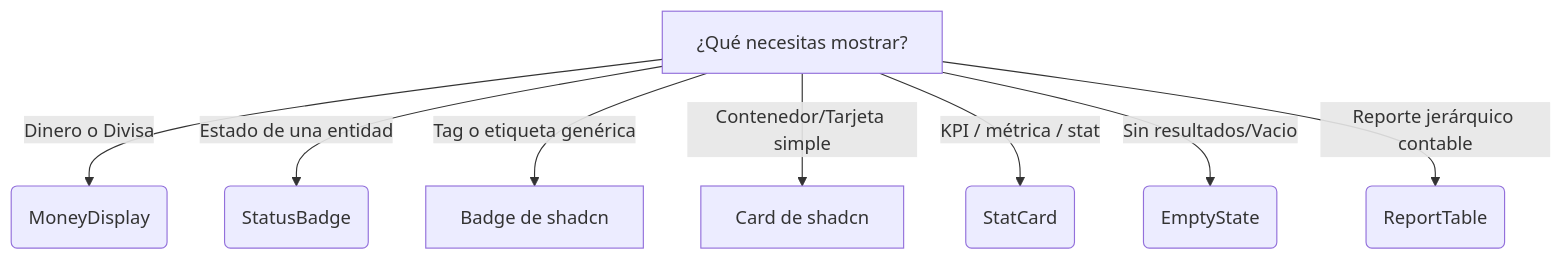
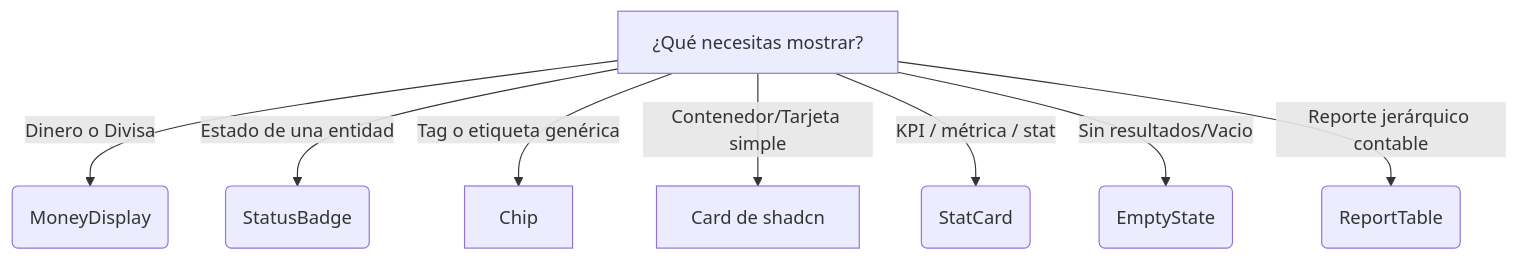
One commit to Patricoaa/ERPGrafico changed the third of 6 diagrams in docs/20-contracts/component-decision-tree.md. Above: the diagram before and after it, drawn with Mermaid. The commit also changed 5 other files, not shown here.

````diff
--- a/docs/20-contracts/component-decision-tree.md
+++ b/docs/20-contracts/component-decision-tree.md
@@ -56,11 +56,11 @@
 ```mermaid
 graph TD
     A[¿Qué necesitas mostrar?]
     A -->|Dinero o Divisa| B(MoneyDisplay)
     A -->|Estado de una entidad| C(StatusBadge)
-    A -->|Tag o etiqueta genérica| D[Badge de shadcn]
+    A -->|Tag o etiqueta genérica| D[Chip]
     A -->|Contenedor/Tarjeta simple| E[Card de shadcn]
     A -->|KPI / métrica / stat| H(StatCard)
     A -->|Sin resultados/Vacio| F(EmptyState)
     A -->|Reporte jerárquico contable| G(ReportTable)
 ```
````
